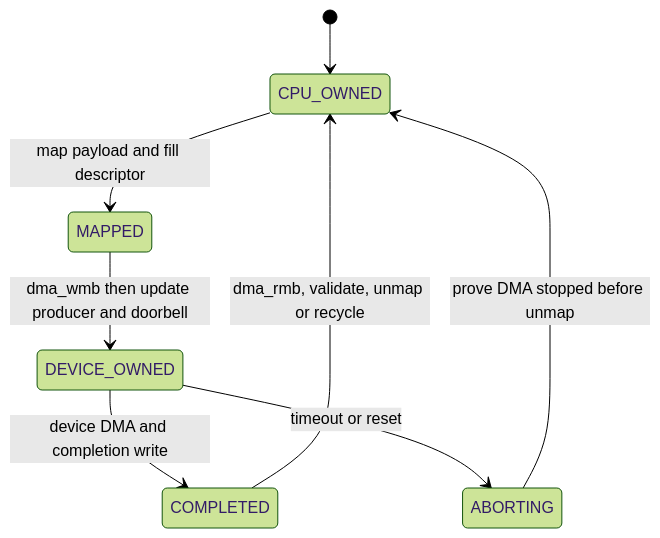
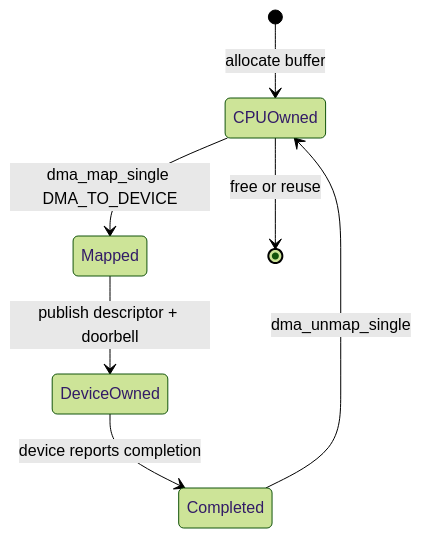
The second of 3 diagrams in docs/articles/pcie/pci-08-dma-api-memory-order.md (cdragon-ljl/EEandEdgeAI), drawn with Mermaid (forest theme) before and after one commit. The commit also changed other lines of this file and 4 other files, not shown here.

````diff
--- a/docs/articles/pcie/pci-08-dma-api-memory-order.md
+++ b/docs/articles/pcie/pci-08-dma-api-memory-order.md
@@ -110,10 +41,9 @@
 ```mermaid
 stateDiagram-v2
-    [*] --> CPU_OWNED
-    CPU_OWNED --> MAPPED: map payload and fill descriptor
-    MAPPED --> DEVICE_OWNED: dma_wmb then update producer and doorbell
-    DEVICE_OWNED --> COMPLETED: device DMA and completion write
-    COMPLETED --> CPU_OWNED: dma_rmb, validate, unmap or recycle
-    DEVICE_OWNED --> ABORTING: timeout or reset
-    ABORTING --> CPU_OWNED: prove DMA stopped before unmap
+    [*] --> CPUOwned: allocate buffer
+    CPUOwned --> Mapped: dma_map_single DMA_TO_DEVICE
+    Mapped --> DeviceOwned: publish descriptor + doorbell
+    DeviceOwned --> Completed: device reports completion
+    Completed --> CPUOwned: dma_unmap_single
+    CPUOwned --> [*]: free or reuse
 ```
````
